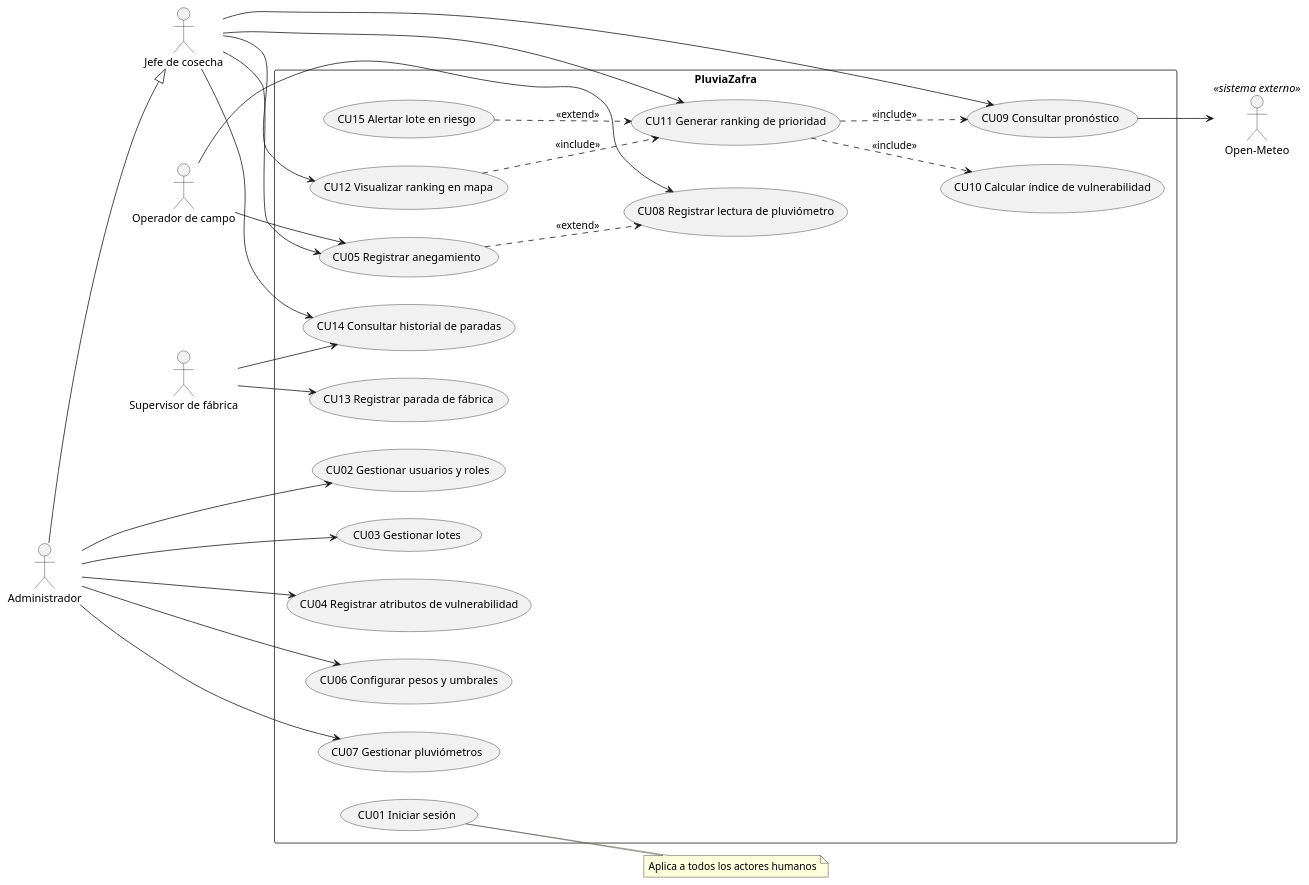
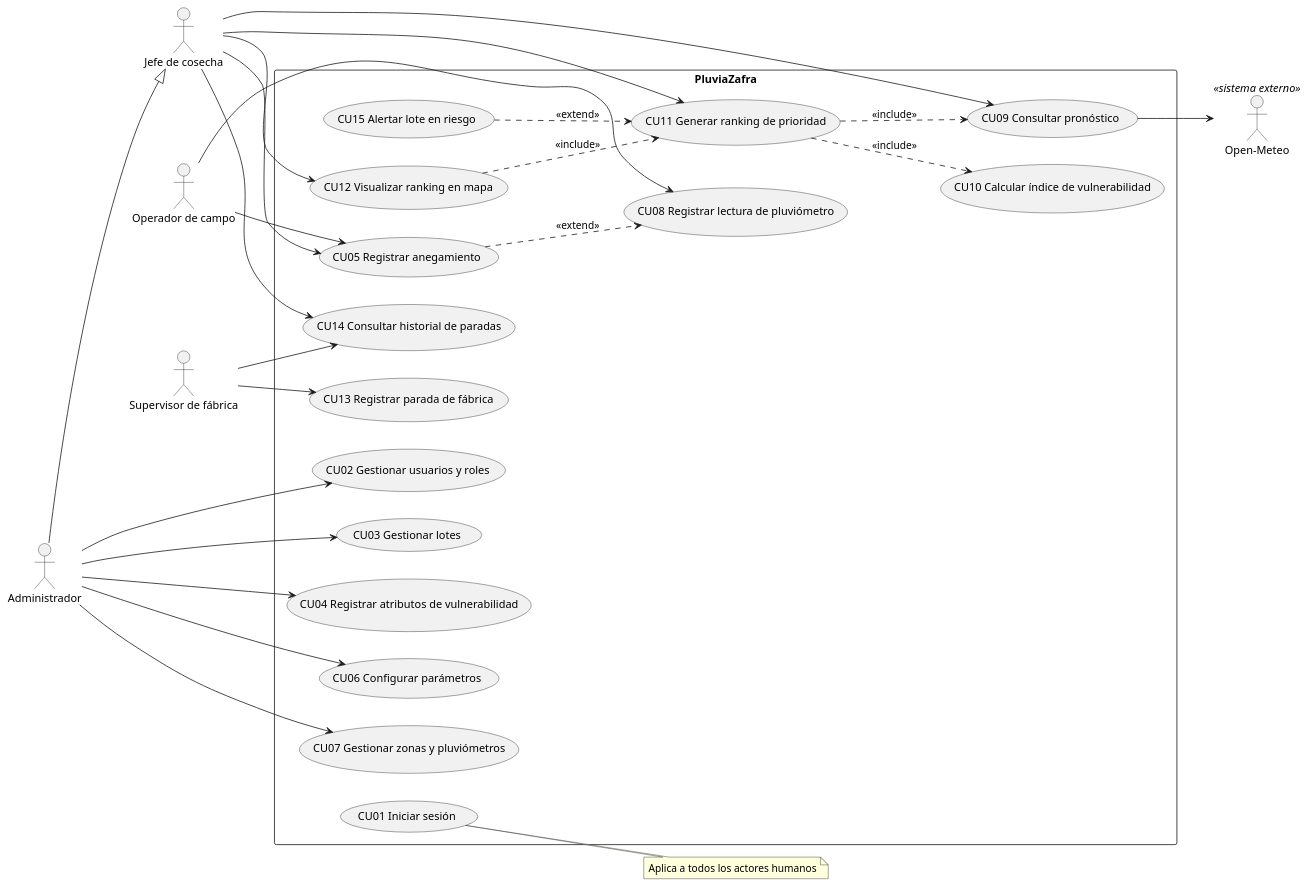
Before and after one commit to Surgeron/TrabajoCampo: the diagram in docs/casos-de-uso-pluviazafra.md, drawn with PlantUML. The commit also changed other lines of this file and 4 other files, not shown here.

````diff
--- a/docs/casos-de-uso-pluviazafra.md
+++ b/docs/casos-de-uso-pluviazafra.md
@@ -49,52 +49,52 @@
 ```plantuml
 @startuml
 left to right direction
 actor "Jefe de cosecha" as JC
 actor "Operador de campo" as OP
 actor "Supervisor de fábrica" as SF
 actor "Administrador" as AD
 actor "Open-Meteo" as OM <<sistema externo>>
 AD --|> JC
 
 rectangle PluviaZafra {
   usecase "CU01 Iniciar sesión" as CU01
   usecase "CU02 Gestionar usuarios y roles" as CU02
   usecase "CU03 Gestionar lotes" as CU03
   usecase "CU04 Registrar atributos de vulnerabilidad" as CU04
   usecase "CU05 Registrar anegamiento" as CU05
-  usecase "CU06 Configurar pesos y umbrales" as CU06
-  usecase "CU07 Gestionar pluviómetros" as CU07
+  usecase "CU06 Configurar parámetros" as CU06
+  usecase "CU07 Gestionar zonas y pluviómetros" as CU07
   usecase "CU08 Registrar lectura de pluviómetro" as CU08
   usecase "CU09 Consultar pronóstico" as CU09
   usecase "CU10 Calcular índice de vulnerabilidad" as CU10
   usecase "CU11 Generar ranking de prioridad" as CU11
   usecase "CU12 Visualizar ranking en mapa" as CU12
   usecase "CU13 Registrar parada de fábrica" as CU13
   usecase "CU14 Consultar historial de paradas" as CU14
   usecase "CU15 Alertar lote en riesgo" as CU15
 }
 
 AD --> CU02
 AD --> CU03
 AD --> CU04
 AD --> CU06
 AD --> CU07
 OP --> CU08
 OP --> CU05
 JC --> CU05
 JC --> CU11
 JC --> CU12
 JC --> CU09
 JC --> CU14
 SF --> CU13
 SF --> CU14
 CU09 --> OM
 
 CU11 ..> CU10 : <<include>>
 CU11 ..> CU09 : <<include>>
 CU12 ..> CU11 : <<include>>
 CU05 ..> CU08 : <<extend>>
 CU15 ..> CU11 : <<extend>>
 note right of CU01 : Aplica a todos los actores humanos
 @enduml
 ```
````
